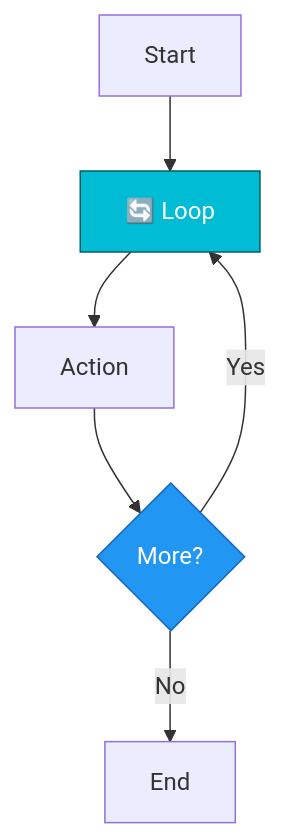
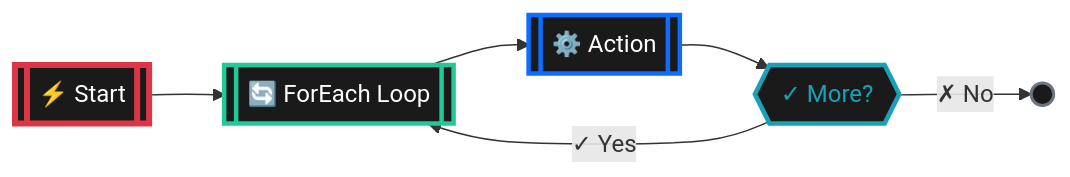
The third of 4 diagrams in BLUEPRINT_DISPLAY_CHEATSHEET.md (Mittenzx/Adastrea), drawn with Mermaid before and after one commit. The commit also changed other lines of this file and 2 other files, not shown here.

First line of the commit message:
Update Mermaid diagrams with Unreal Engine node styling

````diff
--- a/BLUEPRINT_DISPLAY_CHEATSHEET.md
+++ b/BLUEPRINT_DISPLAY_CHEATSHEET.md
@@ -237,11 +253,14 @@
 ```mermaid
-graph TD
-    A[Start] --> B[🔄 Loop]
-    B --> C[Action]
-    C --> D{More?}
-    D -->|Yes| B
-    D -->|No| E[End]
+graph LR
+    A[["⚡ Start"]] --> B[["🔄 ForEach Loop"]]
+    B --> C[["⚙️ Action"]]
+    C --> D{{"✓ More?"}}
+    D -->|"✓ Yes"| B
+    D -->|"✗ No"| E(( ))
     
-    style B fill:#00BCD4,stroke:#006064,color:#fff
-    style D fill:#2196F3,stroke:#1565C0,color:#fff
+    style A fill:#1a1a1a,stroke:#DC3545,stroke-width:4px,color:#fff,rx:10,ry:10
+    style B fill:#1a1a1a,stroke:#20c997,stroke-width:3px,color:#fff,rx:10,ry:10
+    style C fill:#1a1a1a,stroke:#0d6efd,stroke-width:3px,color:#fff,rx:10,ry:10
+    style D fill:#1a1a1a,stroke:#17a2b8,stroke-width:3px,color:#17a2b8
+    style E fill:#1a1a1a,stroke:#6c757d,stroke-width:2px,color:#fff
 ```
````
